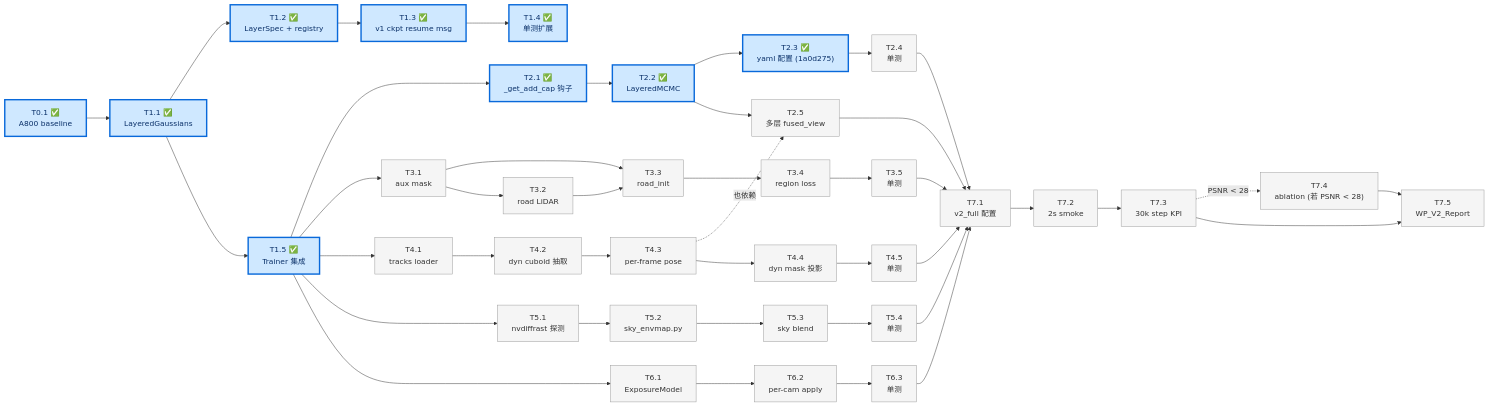
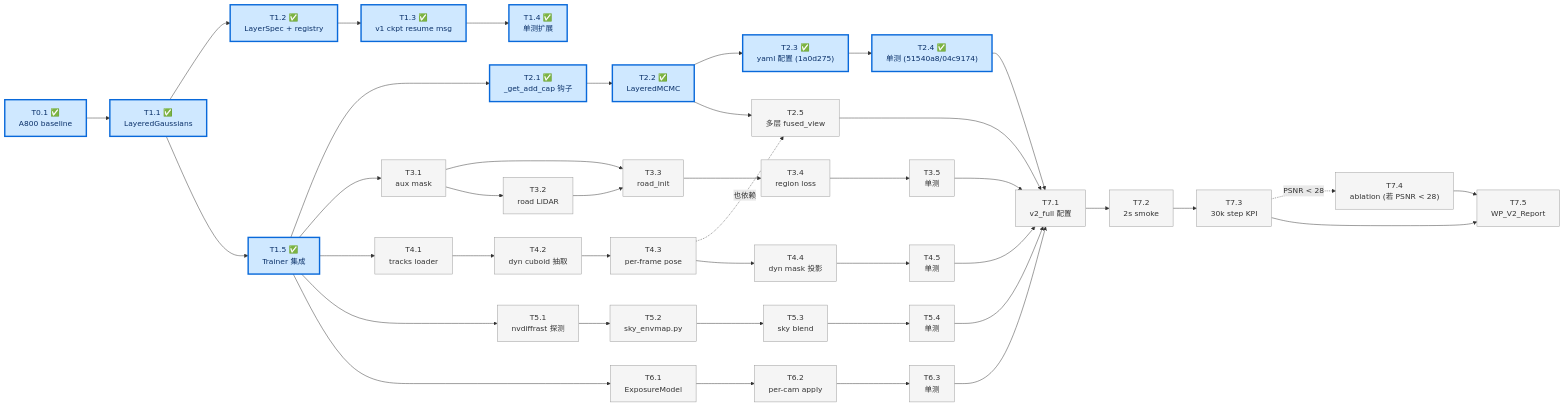
Before and after one commit to etendue/3dgrut: the second of 3 diagrams in v2_plan.md, drawn with Mermaid. The commit also changed other lines of this file and 1 other file, not shown here.

First line of the commit message:
docs(plan,arch): mark T2.4 done; record I-1 conftest migration

```diff
--- a/v2_plan.md
+++ b/v2_plan.md
@@ -160,7 +159,7 @@
     T21["T2.1 ✅<br/>_get_add_cap 钩子"]:::done
     T22["T2.2 ✅<br/>LayeredMCMC"]:::done
     T23["T2.3 ✅<br/>yaml 配置 (1a0d275)"]:::done
-    T24["T2.4<br/>单测"]:::todo
+    T24["T2.4 ✅<br/>单测 (51540a8/04c9174)"]:::done
     T25["T2.5<br/>多层 fused_view"]:::todo
 
     %% Stage 3
```
